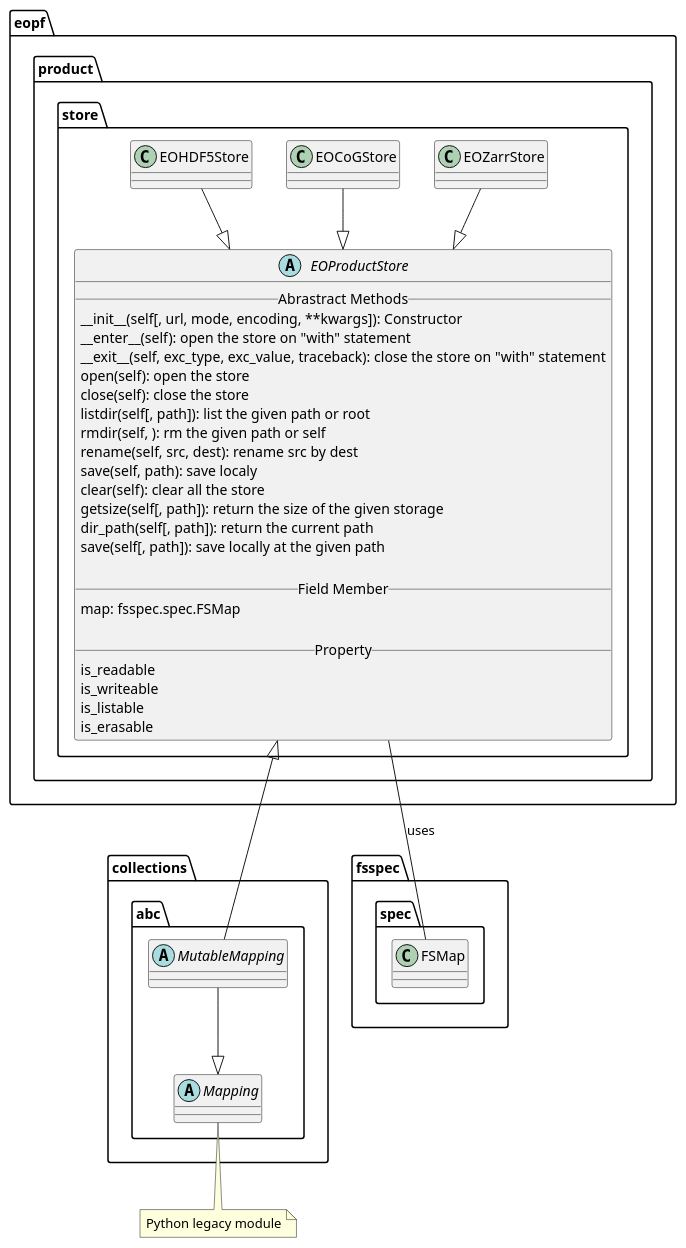
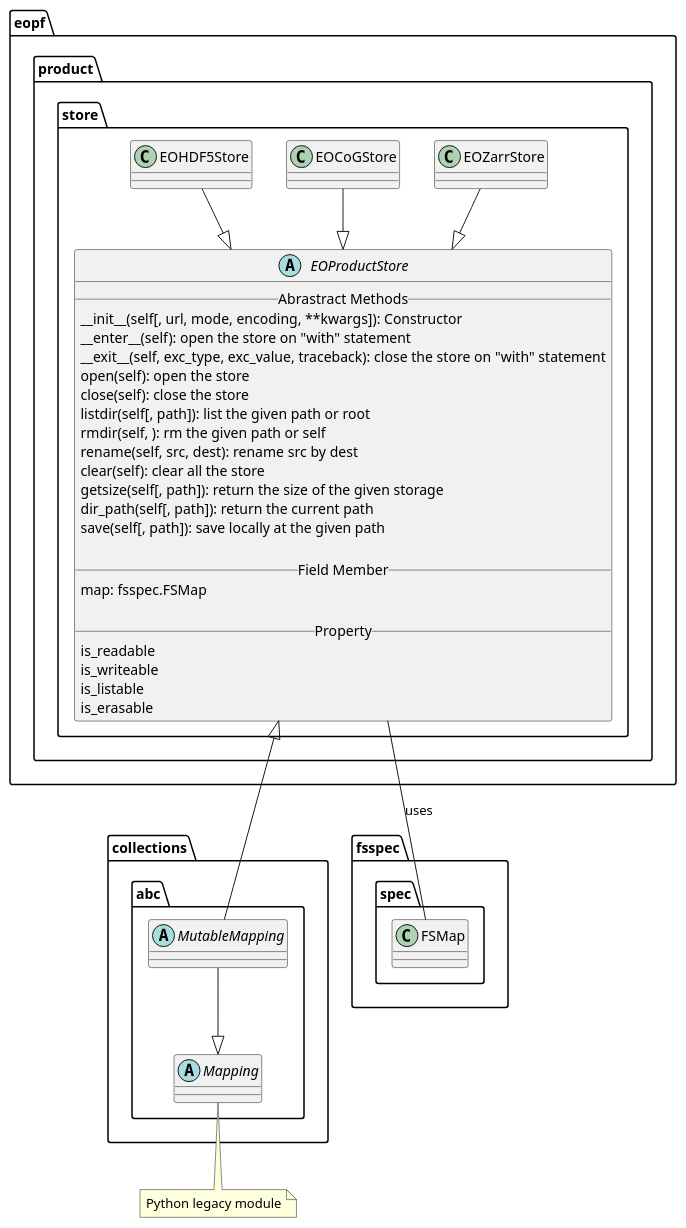
Before and after one commit to CSC-DPR/eopf-cpm: the diagram in docs/plantuml/eopf_product_store.puml, drawn with PlantUML. The commit also changed 12 other files, not shown here.

```diff
--- a/docs/plantuml/eopf_product_store.puml
+++ b/docs/plantuml/eopf_product_store.puml
@@ -1,47 +1,46 @@
 @startuml
 package eopf.product.store
 {
 
     ' inspired by fsspec.spec.AbstractFileSystem
     abstract EOProductStore {
         __ Abrastract Methods __
         __init__(self[, url, mode, encoding, **kwargs]): Constructor
         __enter__(self): open the store on "with" statement
         __exit__(self, exc_type, exc_value, traceback): close the store on "with" statement
         open(self): open the store
         close(self): close the store
         listdir(self[, path]): list the given path or root
         rmdir(self, ): rm the given path or self
         rename(self, src, dest): rename src by dest
-        save(self, path): save localy
         clear(self): clear all the store
         getsize(self[, path]): return the size of the given storage
         dir_path(self[, path]): return the current path
         save(self[, path]): save locally at the given path
 
         __ Field Member __
-        map: fsspec.spec.FSMap
+        map: fsspec.FSMap
 
         __ Property __
         is_readable
         is_writeable
         is_listable
         is_erasable
     }
 
     EOZarrStore --|> EOProductStore
     EOCoGStore --|> EOProductStore
     EOHDF5Store --|> EOProductStore
 }
 
 
 package collections.abc {
     abstract MutableMapping
     abstract Mapping
     MutableMapping --|> Mapping
 }
 note bottom: Python legacy module
 
 EOProductStore <|-- MutableMapping
 EOProductStore -- fsspec.spec.FSMap : uses
 @enduml
```
